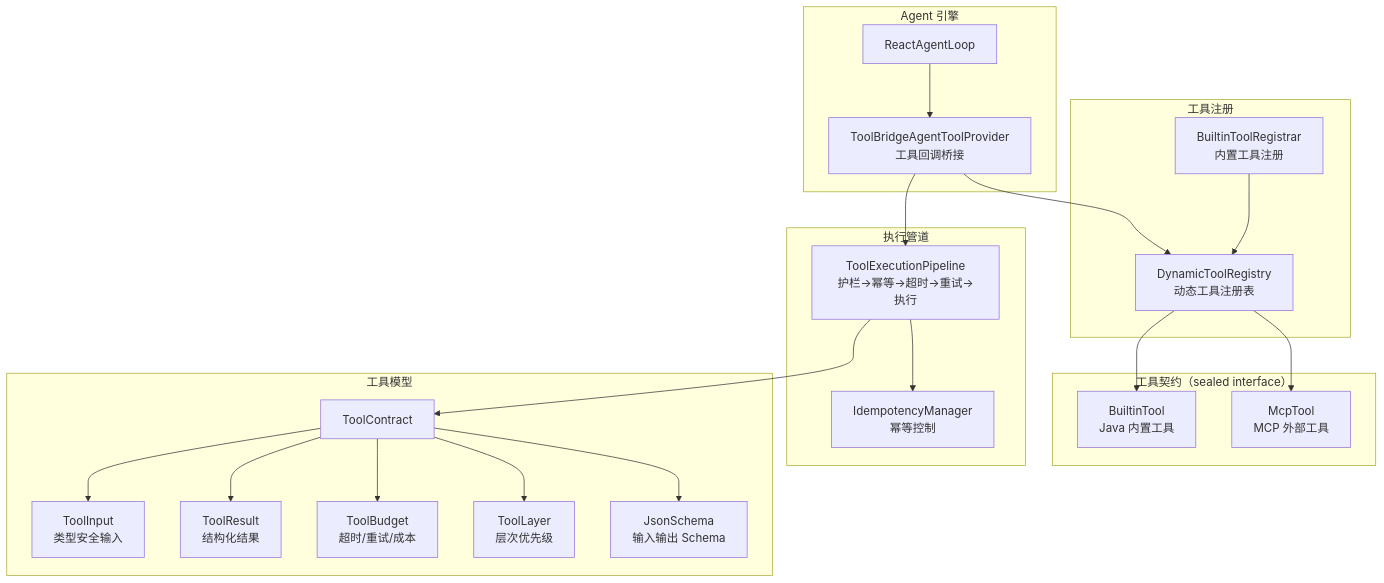
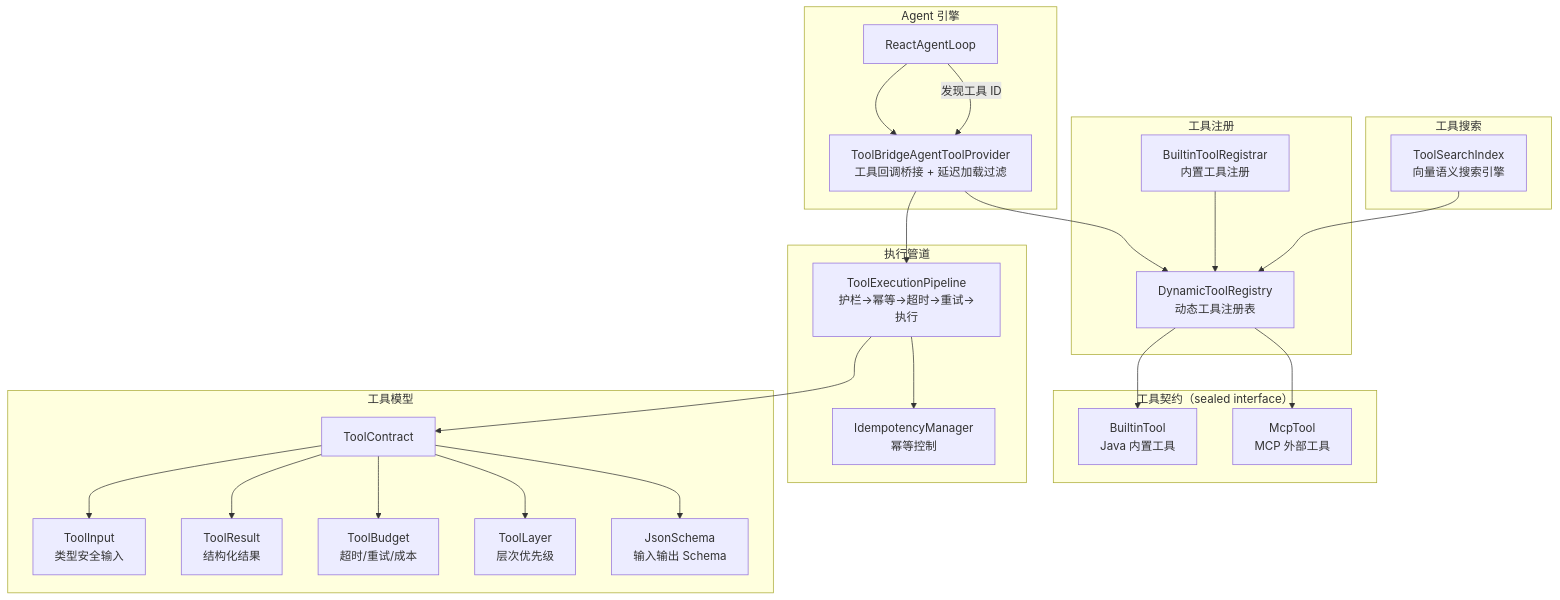
One commit to ntygod/LifePilot changed the first of 2 diagrams in docs/architecture/tool-ecosystem.md. Above: the diagram before and after it, drawn with Mermaid. The commit also changed other lines of this file and 3 other files, not shown here.

````diff
--- a/docs/architecture/tool-ecosystem.md
+++ b/docs/architecture/tool-ecosystem.md
@@ -16,44 +16,50 @@
 ```mermaid
 graph TB
     subgraph "Agent 引擎"
         AGENT["ReactAgentLoop"]
-        BRIDGE["ToolBridgeAgentToolProvider<br/>工具回调桥接"]
+        BRIDGE["ToolBridgeAgentToolProvider<br/>工具回调桥接 + 延迟加载过滤"]
     end
 
     subgraph "工具注册"
         REG["DynamicToolRegistry<br/>动态工具注册表"]
         BUILTIN_REG["BuiltinToolRegistrar<br/>内置工具注册"]
+    end
+
+    subgraph "工具搜索"
+        SEARCH["ToolSearchIndex<br/>向量语义搜索引擎"]
     end
 
     subgraph "工具契约（sealed interface）"
         BUILTIN["BuiltinTool<br/>Java 内置工具"]
         MCP_TOOL["McpTool<br/>MCP 外部工具"]
     end
 
     subgraph "执行管道"
         PIPE["ToolExecutionPipeline<br/>护栏→幂等→超时→重试→执行"]
         IDEM["IdempotencyManager<br/>幂等控制"]
     end
 
     subgraph "工具模型"
         CONTRACT["ToolContract"]
         INPUT["ToolInput<br/>类型安全输入"]
         RESULT["ToolResult<br/>结构化结果"]
         BUDGET["ToolBudget<br/>超时/重试/成本"]
         LAYER["ToolLayer<br/>层次优先级"]
         SCHEMA["JsonSchema<br/>输入输出 Schema"]
     end
 
     AGENT --> BRIDGE --> REG
+    AGENT -->|"发现工具 ID"| BRIDGE
     BUILTIN_REG --> REG
+    SEARCH --> REG
     REG --> BUILTIN
     REG --> MCP_TOOL
     BRIDGE --> PIPE
     PIPE --> IDEM
     PIPE --> CONTRACT
     CONTRACT --> INPUT
     CONTRACT --> RESULT
     CONTRACT --> BUDGET
     CONTRACT --> LAYER
     CONTRACT --> SCHEMA
 ```
````
